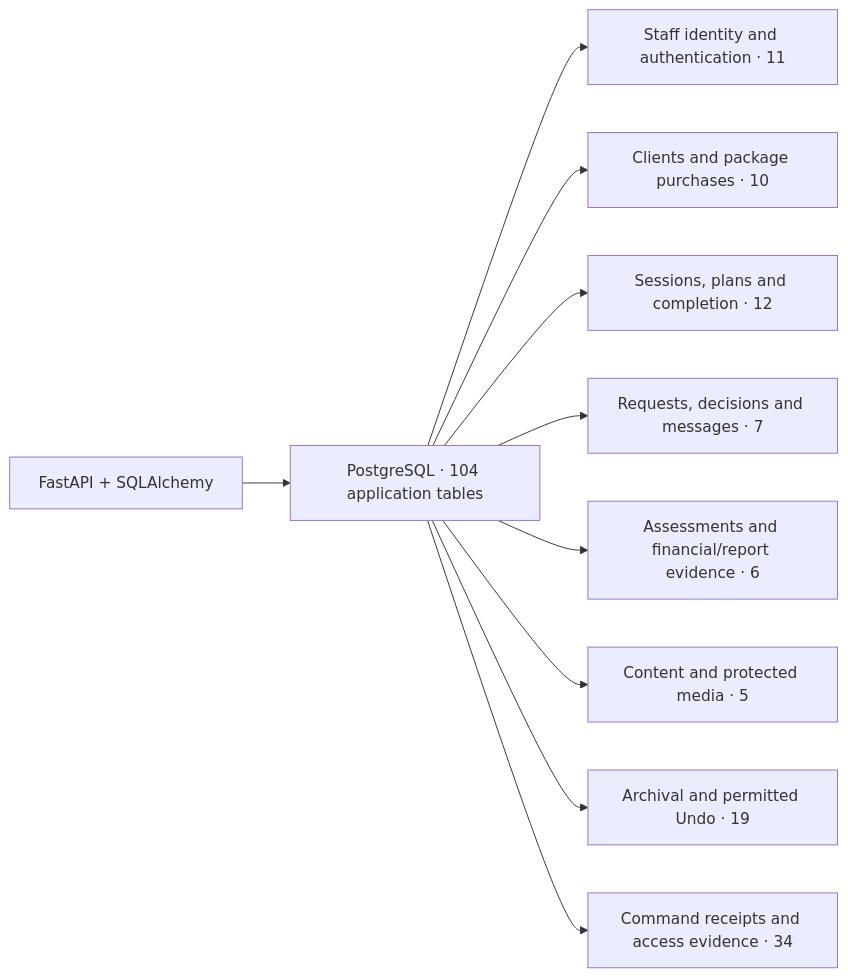
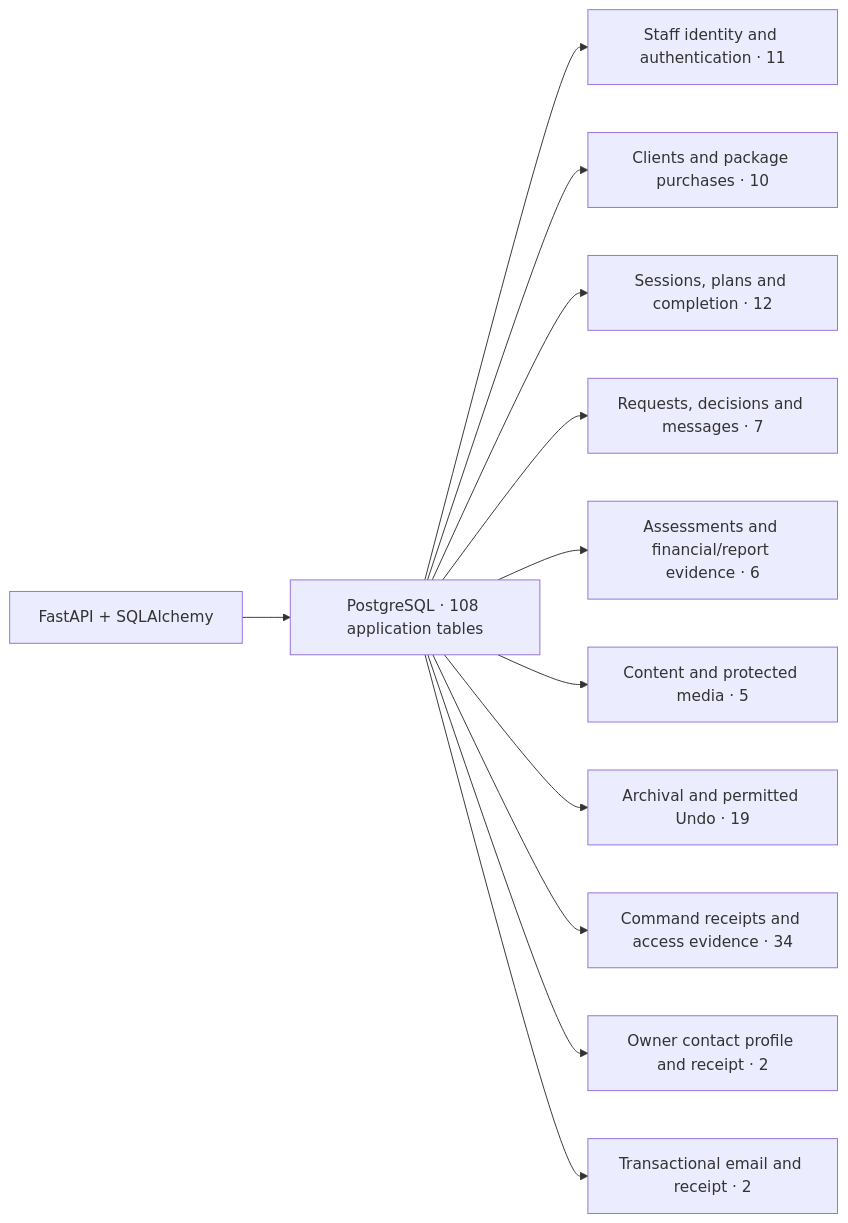
Before and after one commit to LimYouSheng/FitfinityReact: the first of 9 diagrams in docs/architecture/database-schema.md, drawn with Mermaid. The commit also changed other lines of this file and 120 other files, not shown here.

First line of the commit message:
Standardize staff controls and prepare transactional SES email (#165)

````diff
--- a/docs/architecture/database-schema.md
+++ b/docs/architecture/database-schema.md
@@ -13,12 +13,14 @@
 ```mermaid
 flowchart LR
-  API["FastAPI + SQLAlchemy"] --> DB["PostgreSQL · 104 application tables"]
+  API["FastAPI + SQLAlchemy"] --> DB["PostgreSQL · 108 application tables"]
   DB --> G0["Staff identity and authentication · 11"]
   DB --> G1["Clients and package purchases · 10"]
   DB --> G2["Sessions, plans and completion · 12"]
   DB --> G3["Requests, decisions and messages · 7"]
   DB --> G4["Assessments and financial/report evidence · 6"]
   DB --> G5["Content and protected media · 5"]
   DB --> G6["Archival and permitted Undo · 19"]
   DB --> G7["Command receipts and access evidence · 34"]
+  DB --> G8["Owner contact profile and receipt · 2"]
+  DB --> G9["Transactional email and receipt · 2"]
 ```
````
